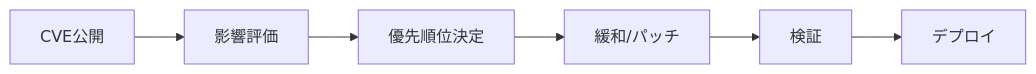
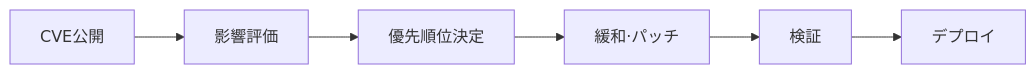
Before and after one commit to cloudpickr/cloudpick-docs: the second of 2 diagrams in src/content/docs/ja/devops/patch-and-vulnerability.md, drawn with Mermaid. The commit also changed 29 other files, not shown here.

First line of the commit message:
fix: Mermaid 전수조사 — 노드 라벨 슬래시 13건 수정 (ko/en/ja)

````diff
--- a/src/content/docs/ja/devops/patch-and-vulnerability.md
+++ b/src/content/docs/ja/devops/patch-and-vulnerability.md
@@ -78,4 +78,4 @@
 ```mermaid
 graph LR
-    A[CVE公開] --> B[影響評価] --> C[優先順位決定] --> D[緩和/パッチ] --> E[検証] --> F[デプロイ]
+    A[CVE公開] --> B[影響評価] --> C[優先順位決定] --> D[緩和·パッチ] --> E[検証] --> F[デプロイ]
 ```
````
